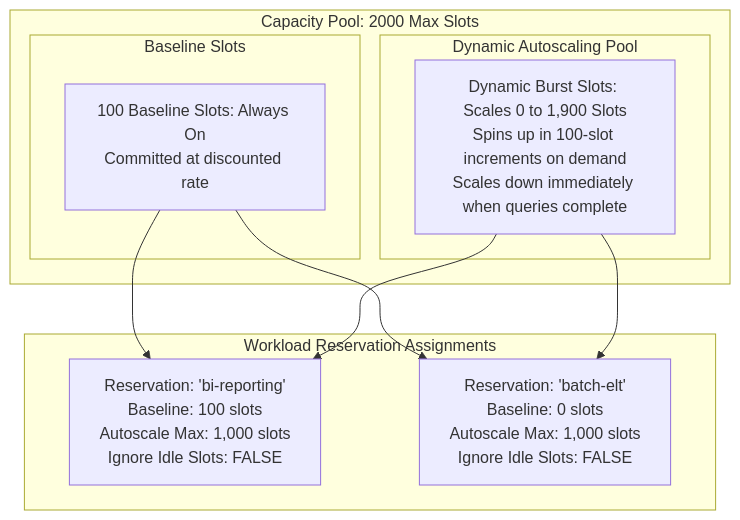
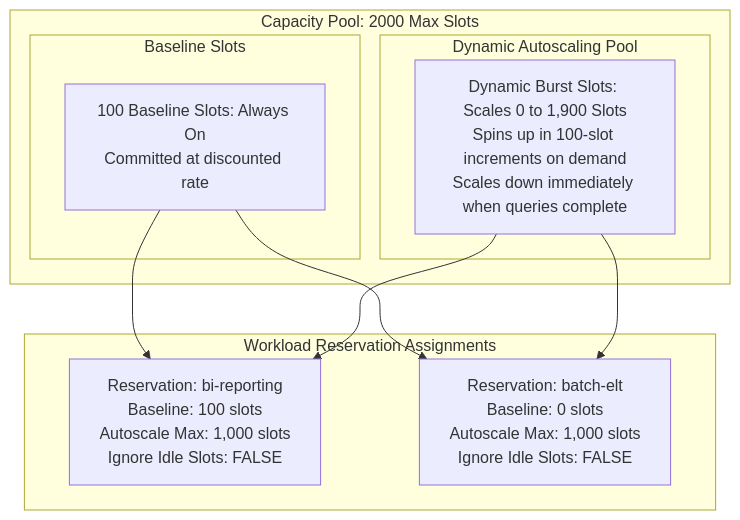
One commit to rohithvishaal/GCP_PDE_Notes changed the third of 4 diagrams in 03_phase2_lifecycle_architecture/06_dr_resilience_and_cost_defense.md. Above: the diagram before and after it, drawn with Mermaid. The commit also changed other lines of this file and 13 other files, not shown here.

Commit message:
fix(diagrams): quote special characters in edge labels and nodes to resolve Mermaid parse errors

````diff
--- a/03_phase2_lifecycle_architecture/06_dr_resilience_and_cost_defense.md
+++ b/03_phase2_lifecycle_architecture/06_dr_resilience_and_cost_defense.md
@@ -175,19 +175,19 @@
 ```mermaid
 graph TD
-    subgraph Capacity Pool: 2000 Max Slots
-        subgraph Baseline Slots
-            Base[100 Baseline Slots: Always On<br/>Committed at discounted rate]
+    subgraph Pool["Capacity Pool: 2000 Max Slots"]
+        subgraph BasePool["Baseline Slots"]
+            Base["100 Baseline Slots: Always On<br/>Committed at discounted rate"]
         end
         
-        subgraph Dynamic Autoscaling Pool
-            Auto[Dynamic Burst Slots: Scales 0 to 1,900 Slots<br/>Spins up in 100-slot increments on demand<br/>Scales down immediately when queries complete]
+        subgraph AutoPool["Dynamic Autoscaling Pool"]
+            Auto["Dynamic Burst Slots: Scales 0 to 1,900 Slots<br/>Spins up in 100-slot increments on demand<br/>Scales down immediately when queries complete"]
         end
     end
 
-    subgraph Workload Reservation Assignments
-        Res1[Reservation: 'bi-reporting'<br/>Baseline: 100 slots<br/>Autoscale Max: 1,000 slots<br/>Ignore Idle Slots: FALSE]
-        Res2[Reservation: 'batch-elt'<br/>Baseline: 0 slots<br/>Autoscale Max: 1,000 slots<br/>Ignore Idle Slots: FALSE]
+    subgraph Assignments["Workload Reservation Assignments"]
+        Res1["Reservation: bi-reporting<br/>Baseline: 100 slots<br/>Autoscale Max: 1,000 slots<br/>Ignore Idle Slots: FALSE"]
+        Res2["Reservation: batch-elt<br/>Baseline: 0 slots<br/>Autoscale Max: 1,000 slots<br/>Ignore Idle Slots: FALSE"]
     end
 
     Base & Auto --> Res1 & Res2
 ```
````
